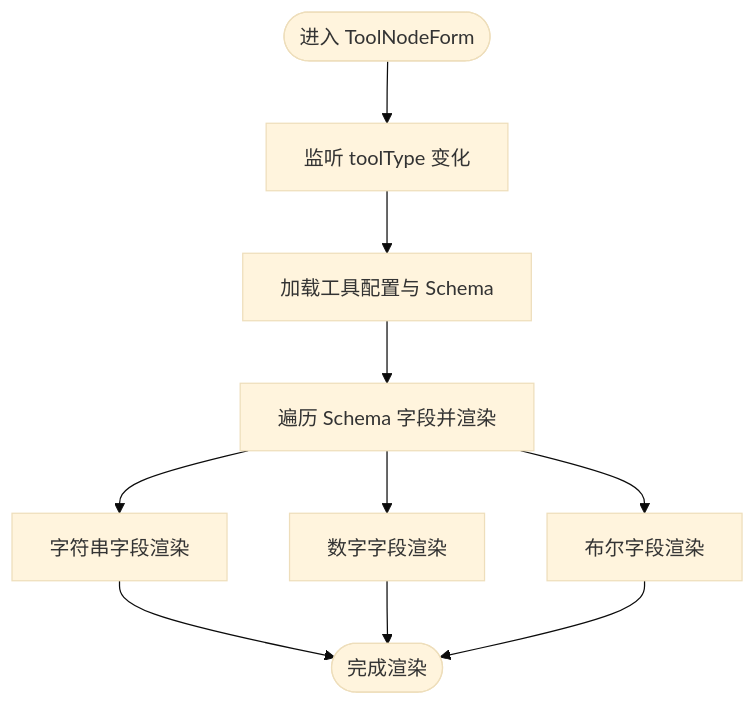
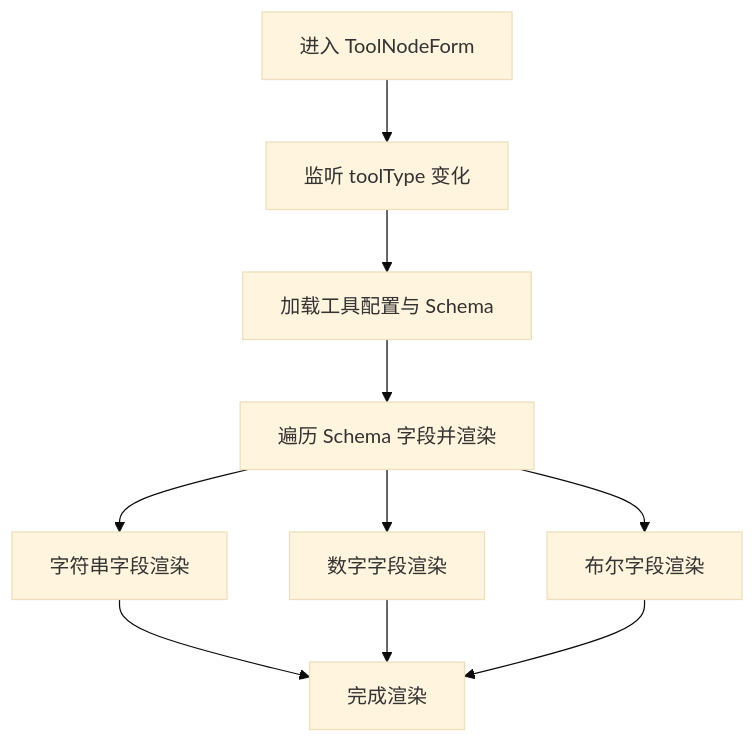
Before and after one commit to JasperLin2333/Flash-Flow: the third of 5 diagrams in .qoder/repowiki/zh/content/UI组件架构/构建器组件/工具节点表单.md, drawn with Mermaid (base theme). The commit also changed other lines of this file and 19 other files, not shown here.

````diff
--- a/.qoder/repowiki/zh/content/UI组件架构/构建器组件/工具节点表单.md
+++ b/.qoder/repowiki/zh/content/UI组件架构/构建器组件/工具节点表单.md
@@ -157,12 +168,12 @@
 ```mermaid
 flowchart TD
-Start(["进入 ToolNodeForm"]) --> Watch["监听 toolType 变化"]
+Start["进入 ToolNodeForm"] --> Watch["监听 toolType 变化"]
 Watch --> LoadCfg["加载工具配置与 Schema"]
 LoadCfg --> BuildFields["遍历 Schema 字段并渲染"]
 BuildFields --> RenderStr["字符串字段渲染"]
 BuildFields --> RenderNum["数字字段渲染"]
 BuildFields --> RenderBool["布尔字段渲染"]
-RenderStr --> Done(["完成渲染"])
+RenderStr --> Done["完成渲染"]
 RenderNum --> Done
 RenderBool --> Done
 ```
````
